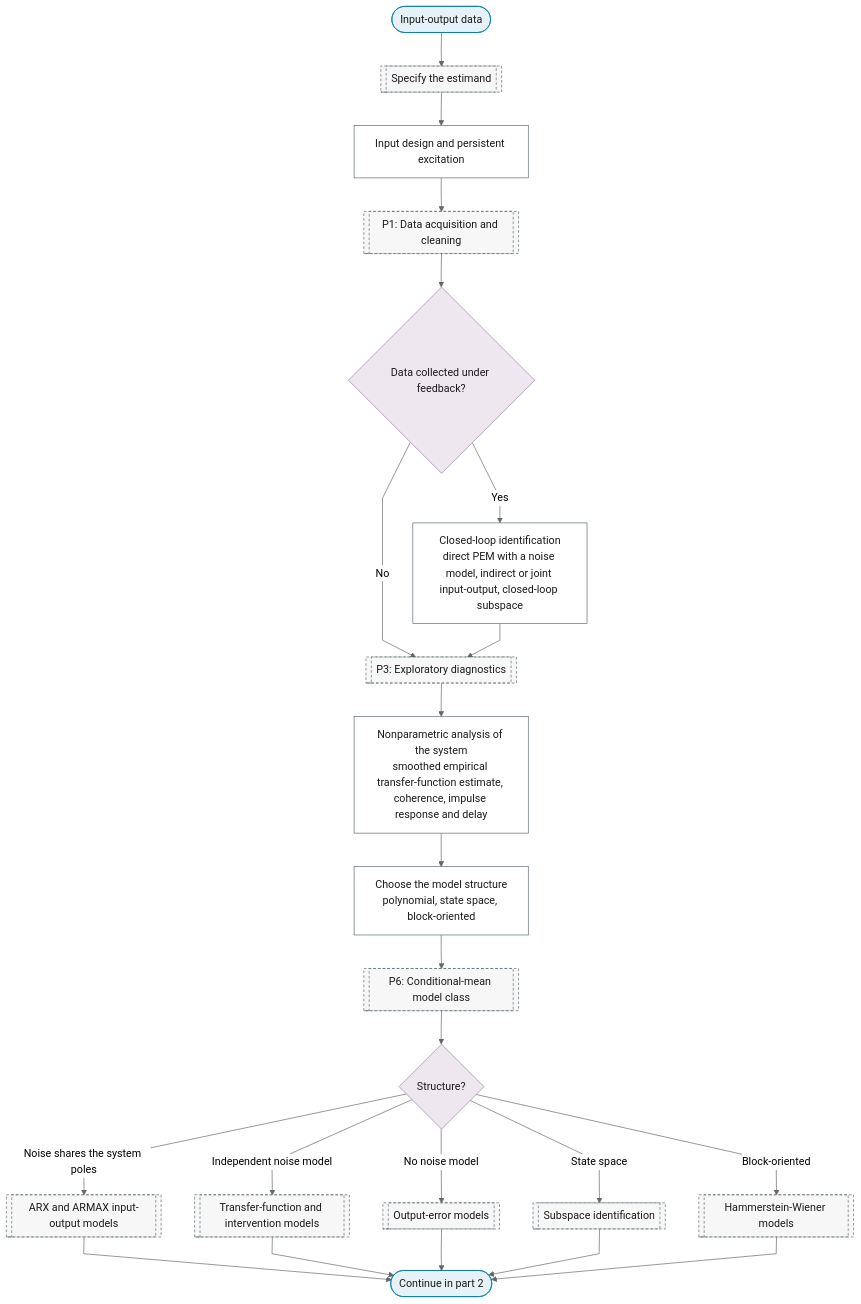
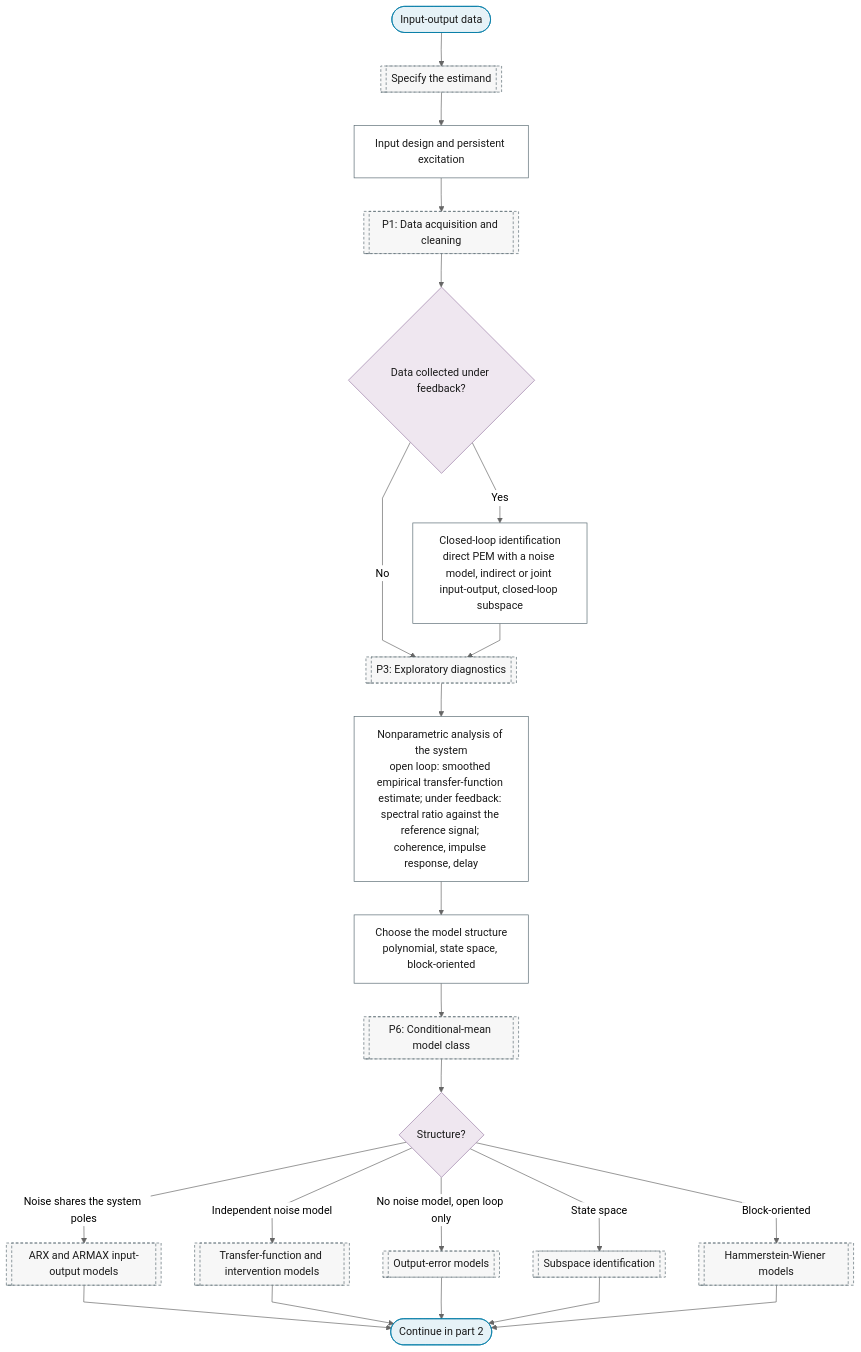
The first of 2 diagrams in docs/01-workflow/p00-purpose/09-system-identification.md (Shuxin-Y/time-series-analysis-manual), drawn with Mermaid (neutral theme) before and after one commit. The commit also changed 1 other file, not shown here.

Commit message:
fix(sysid): closed-loop data use the reference signal and no output-error model
Under feedback the open-loop transfer-function estimate is biased and an
output-error model is inconsistent with the direct method; the
nonparametric step uses the spectral ratio against the reference signal
and output-error models are offered for open loop only.

````diff
--- a/docs/01-workflow/p00-purpose/09-system-identification.md
+++ b/docs/01-workflow/p00-purpose/09-system-identification.md
@@ -9,33 +9,33 @@
 ```mermaid
 %%{init: {"flowchart": {"curve": "linear"}}}%%
 graph TD
     P0_SI_IN(["Input-output data"]) --> P0_ESTIMAND[["Specify the estimand"]]
     P0_ESTIMAND --> P0_SI_EXPERIMENT_DESIGN["Input design and persistent excitation"]
     P0_SI_EXPERIMENT_DESIGN --> P1[["P1: Data acquisition and cleaning"]]
     P1 --> P0_SI_FEEDBACK{"Data collected under feedback?"}
     P0_SI_FEEDBACK -->|"Yes"| P0_SI_CLOSED_LOOP["Closed-loop identification<br/>direct PEM with a noise model, indirect or joint input-output, closed-loop subspace"]
     P0_SI_FEEDBACK -->|"No"| P3
     P0_SI_CLOSED_LOOP --> P3[["P3: Exploratory diagnostics"]]
-    P3 --> P0_SI_NONPARAMETRIC["Nonparametric analysis of the system<br/>smoothed empirical transfer-function estimate, coherence, impulse response and delay"]
+    P3 --> P0_SI_NONPARAMETRIC["Nonparametric analysis of the system<br/>open loop: smoothed empirical transfer-function estimate; under feedback: spectral ratio against the reference signal; coherence, impulse response, delay"]
     P0_SI_NONPARAMETRIC --> P0_SI_MODEL_STRUCTURE["Choose the model structure<br/>polynomial, state space, block-oriented"]
     P0_SI_MODEL_STRUCTURE --> P6[["P6: Conditional-mean model class"]]
     P6 --> P0_SI_STRUCTURE_Q{"Structure?"}
     P0_SI_STRUCTURE_Q -->|"Noise shares the system poles"| P6_ARX_ARMAX[["ARX and ARMAX input-output models"]]
     P0_SI_STRUCTURE_Q -->|"Independent noise model"| P6_TRANSFER_FUNCTION[["Transfer-function and intervention models"]]
-    P0_SI_STRUCTURE_Q -->|"No noise model"| P6_OUTPUT_ERROR[["Output-error models"]]
+    P0_SI_STRUCTURE_Q -->|"No noise model, open loop only"| P6_OUTPUT_ERROR[["Output-error models"]]
     P0_SI_STRUCTURE_Q -->|"State space"| P6_SUBSPACE[["Subspace identification"]]
     P0_SI_STRUCTURE_Q -->|"Block-oriented"| P6_HAMMERSTEIN_WIENER[["Hammerstein-Wiener models"]]
     P6_ARX_ARMAX & P6_TRANSFER_FUNCTION & P6_OUTPUT_ERROR & P6_SUBSPACE & P6_HAMMERSTEIN_WIENER --> P0_SI_TO_PART_2(["Continue in part 2"])
     class P0_SI_IN,P0_SI_TO_PART_2 terminator
     class P0_SI_FEEDBACK,P0_SI_STRUCTURE_Q decision
     class P0_SI_EXPERIMENT_DESIGN,P0_SI_CLOSED_LOOP,P0_SI_NONPARAMETRIC,P0_SI_MODEL_STRUCTURE process
     class P0_ESTIMAND,P1,P3,P6,P6_ARX_ARMAX,P6_TRANSFER_FUNCTION,P6_OUTPUT_ERROR,P6_SUBSPACE,P6_HAMMERSTEIN_WIENER ref
     classDef terminator fill:#E6F2F7,stroke:#007BA7,color:#1A1A1A;
     classDef process fill:#FFFFFF,stroke:#5A6B73,color:#1A1A1A;
     classDef decision fill:#EFE7F0,stroke:#9B7FA7,color:#1A1A1A;
     classDef data fill:#FFF4E0,stroke:#C9A55E,color:#1A1A1A;
     classDef good fill:#DCEFD8,stroke:#4A7A3F,color:#1A1A1A;
     classDef escalate fill:#FFE9C2,stroke:#C9A55E,color:#1A1A1A;
     classDef problem fill:#F2D9DE,stroke:#800020,color:#1A1A1A;
     classDef ref fill:#F7F7F7,stroke:#5A6B73,color:#1A1A1A,stroke-dasharray:4 3;
 ```
````
